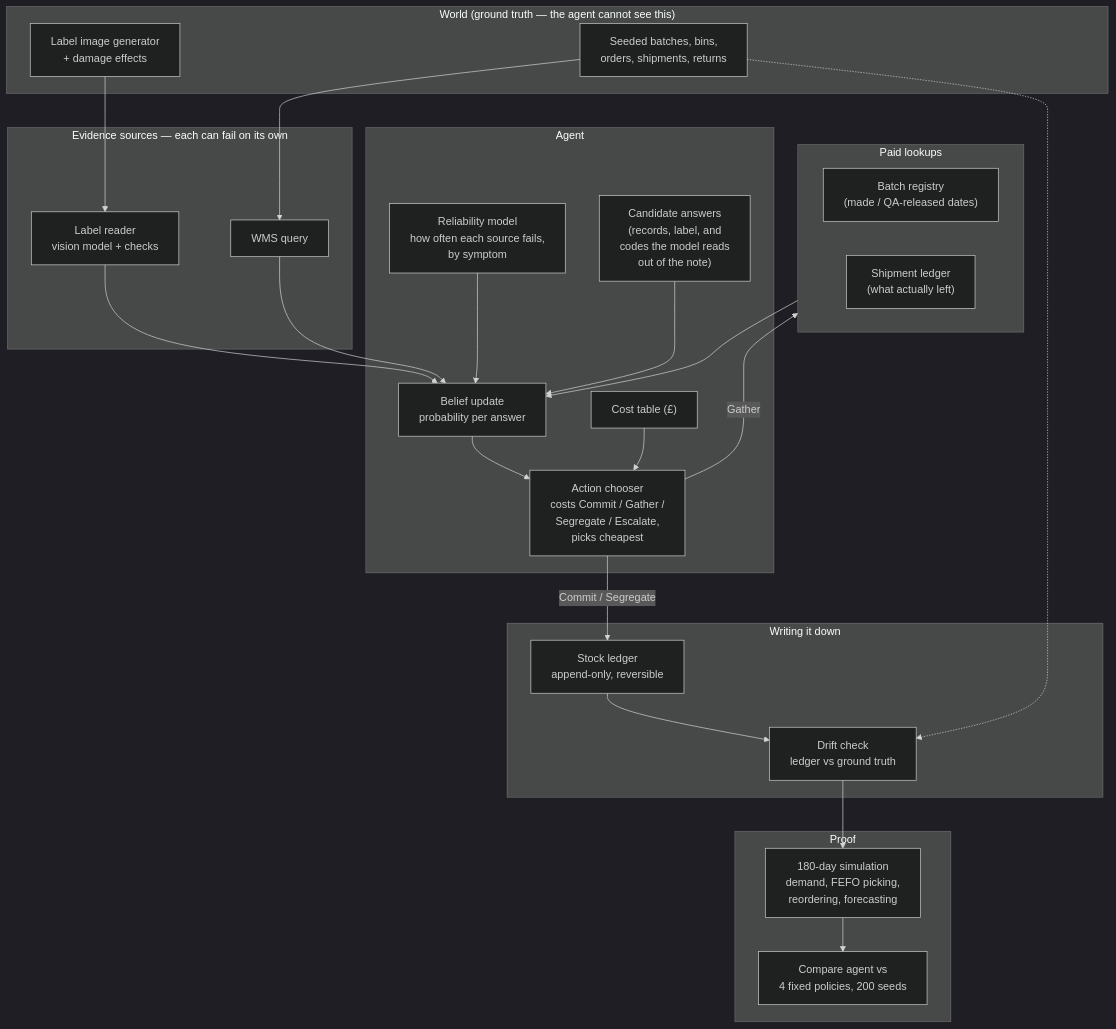
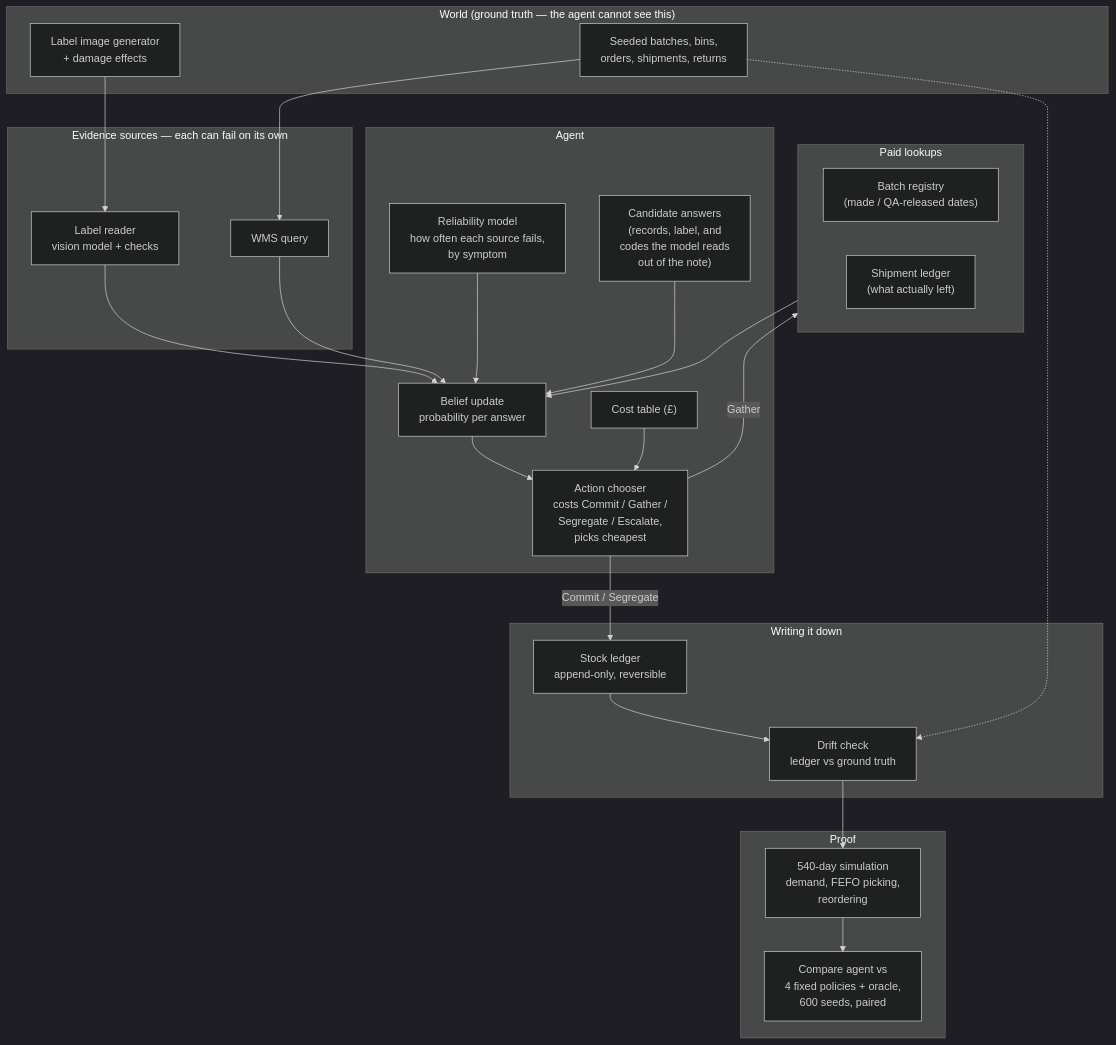
Before and after one commit to rishimody13/LEC_AI: the diagram in PLAN.md, drawn with Mermaid (dark theme). The commit also changed other lines of this file and 12 other files, not shown here.

Commit message:
finish p6 - full warehouse simulation with cost tallying. ran additional tests to see if agent operates at optimum

````diff
--- a/PLAN.md
+++ b/PLAN.md
@@ -191,51 +191,51 @@
 ```mermaid
 flowchart TB
     subgraph W["World (ground truth — the agent cannot see this)"]
         WG["Seeded batches, bins,\norders, shipments, returns"]
         LBL["Label image generator\n+ damage effects"]
     end
 
     subgraph E["Evidence sources — each can fail on its own"]
         P["Label reader\nvision model + checks"]
         R["WMS query"]
     end
 
     subgraph A["Paid lookups"]
         BR["Batch registry\n(made / QA-released dates)"]
         SL["Shipment ledger\n(what actually left)"]
     end
 
     subgraph C["Agent"]
         REL["Reliability model\nhow often each source fails,\nby symptom"]
         HYP["Candidate answers\n(records, label, and\ncodes the model reads\nout of the note)"]
         BEL["Belief update\nprobability per answer"]
         POL["Action chooser\ncosts Commit / Gather /\nSegregate / Escalate,\npicks cheapest"]
         HM["Cost table (£)"]
     end
 
     subgraph O["Writing it down"]
         LED["Stock ledger\nappend-only, reversible"]
         DD["Drift check\nledger vs ground truth"]
     end
 
     subgraph D["Proof"]
-        SIM["180-day simulation\ndemand, FEFO picking,\nreordering, forecasting"]
-        CF["Compare agent vs\n4 fixed policies, 200 seeds"]
+        SIM["540-day simulation\ndemand, FEFO picking,\nreordering"]
+        CF["Compare agent vs\n4 fixed policies + oracle,\n600 seeds, paired"]
     end
 
     WG --> R
     LBL --> P
     P --> BEL
     R --> BEL
     REL --> BEL
     HYP --> BEL
     BEL --> POL
     HM --> POL
     POL -- Gather --> A
     A --> BEL
     POL -- "Commit / Segregate" --> LED
     LED --> DD
     WG -.-> DD
     DD --> SIM
     SIM --> CF
 ```
````
